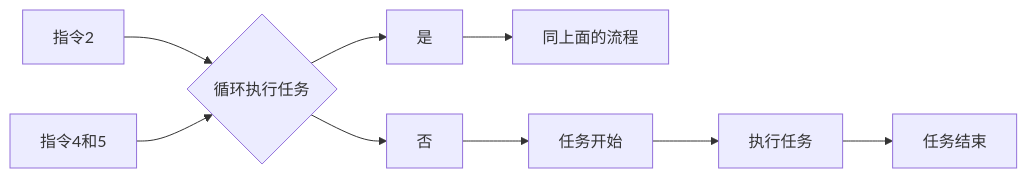
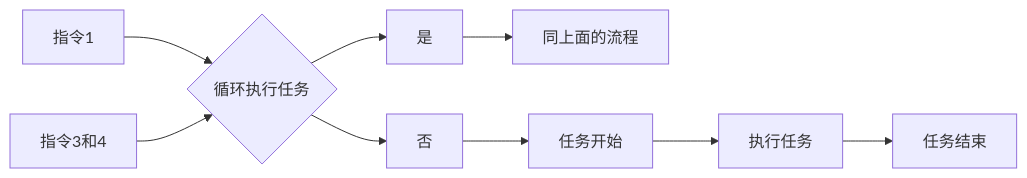
One commit to AndroidCoderPeng/DailyTask changed the second of 2 diagrams in README.md. Above: the diagram before and after it, drawn with Mermaid. The commit also changed other lines of this file and 1 other file, not shown here.

````diff
--- a/README.md
+++ b/README.md
@@ -69,7 +68,7 @@
 ```mermaid
 graph LR
-    指令2 --> 判断A{循环执行任务}
+    指令1 --> 判断A{循环执行任务}
     判断A --> 是 --> 同上面的流程
     判断A --> 否 --> 任务开始 --> 执行任务 --> 任务结束
-    指令4和5 --> 判断A
+    指令3和4 --> 判断A
 ```
````
